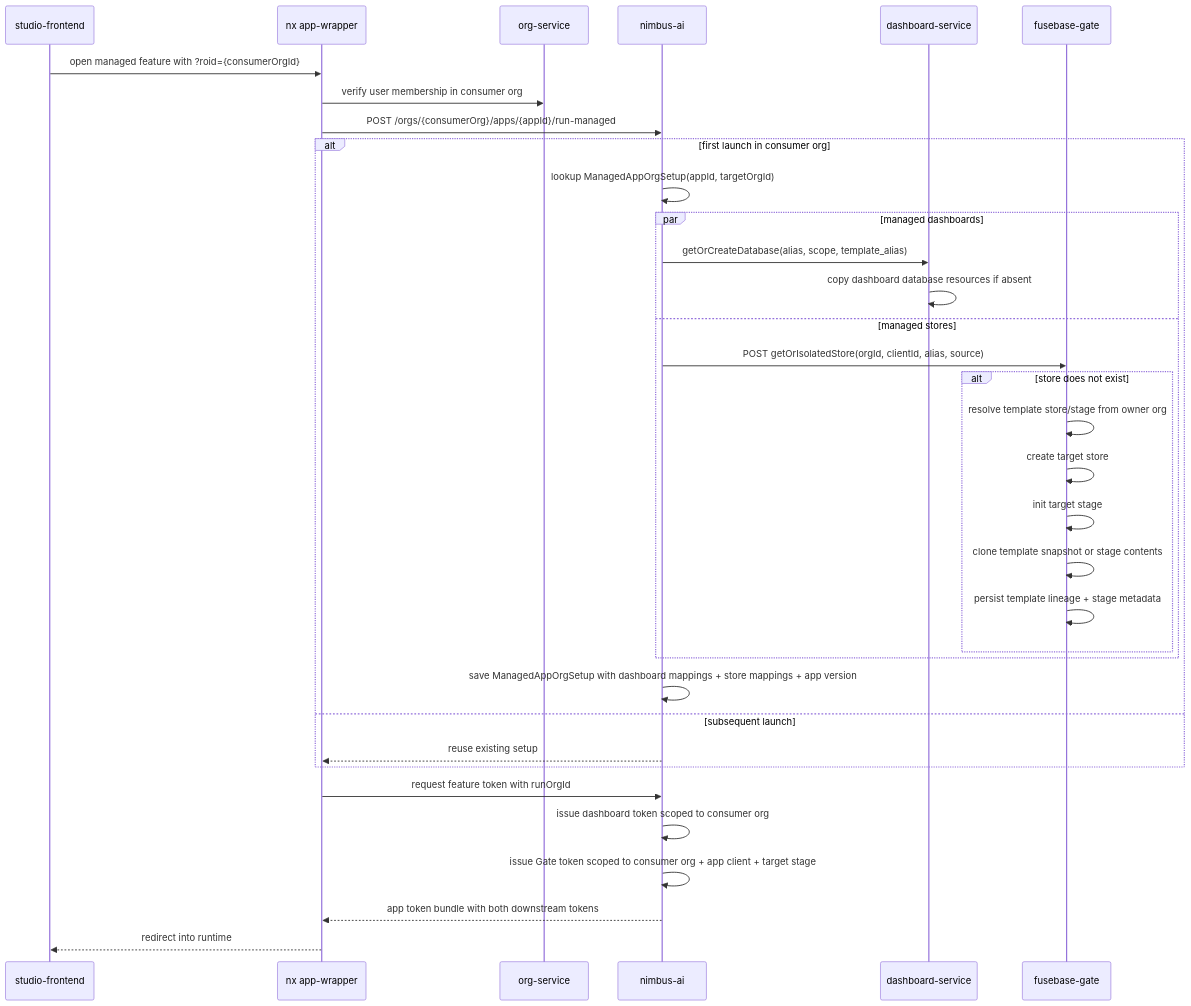
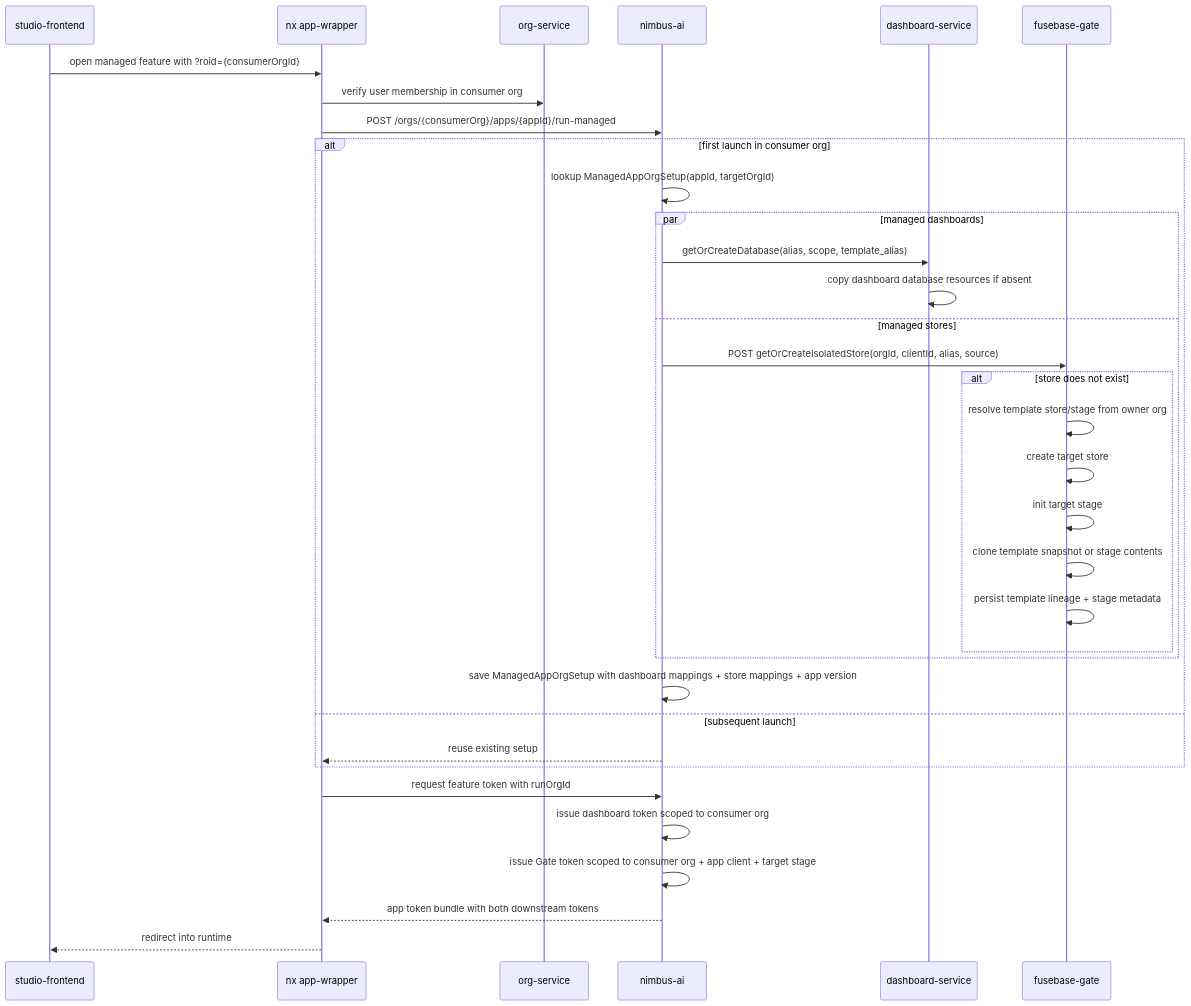
One commit to fusebase-dev/fusebase-cli changed the second of 2 diagrams in docs/managed-apps-flow.md. Above: the diagram before and after it, drawn with Mermaid. The commit also changed other lines of this file and 1 other file, not shown here.

First line of the commit message:
docs: update managed apps flow and isolated SQL documentation

````diff
--- a/docs/managed-apps-flow.md
+++ b/docs/managed-apps-flow.md
@@ -536,39 +536,39 @@
 ```mermaid
 sequenceDiagram
     participant Studio as studio-frontend
     participant Wrap as nx app-wrapper
     participant Org as org-service
     participant NAI as nimbus-ai
     participant Dash as dashboard-service
     participant Gate as fusebase-gate
 
     Studio->>Wrap: open managed feature with ?roid={consumerOrgId}
     Wrap->>Org: verify user membership in consumer org
     Wrap->>NAI: POST /orgs/{consumerOrg}/apps/{appId}/run-managed
 
     alt first launch in consumer org
         NAI->>NAI: lookup ManagedAppOrgSetup(appId, targetOrgId)
         par managed dashboards
             NAI->>Dash: getOrCreateDatabase(alias, scope, template_alias)
             Dash->>Dash: copy dashboard database resources if absent
         and managed stores
-            NAI->>Gate: POST getOrIsolatedStore(orgId, clientId, alias, source)
+            NAI->>Gate: POST getOrCreateIsolatedStore(orgId, clientId, alias, source)
             alt store does not exist
                 Gate->>Gate: resolve template store/stage from owner org
                 Gate->>Gate: create target store
                 Gate->>Gate: init target stage
                 Gate->>Gate: clone template snapshot or stage contents
                 Gate->>Gate: persist template lineage + stage metadata
             end
         end
         NAI->>NAI: save ManagedAppOrgSetup with dashboard mappings + store mappings + app version
     else subsequent launch
         NAI-->>Wrap: reuse existing setup
     end
 
     Wrap->>NAI: request feature token with runOrgId
     NAI->>NAI: issue dashboard token scoped to consumer org
     NAI->>NAI: issue Gate token scoped to consumer org + app client + target stage
     NAI-->>Wrap: app token bundle with both downstream tokens
     Wrap-->>Studio: redirect into runtime
 ```
````
